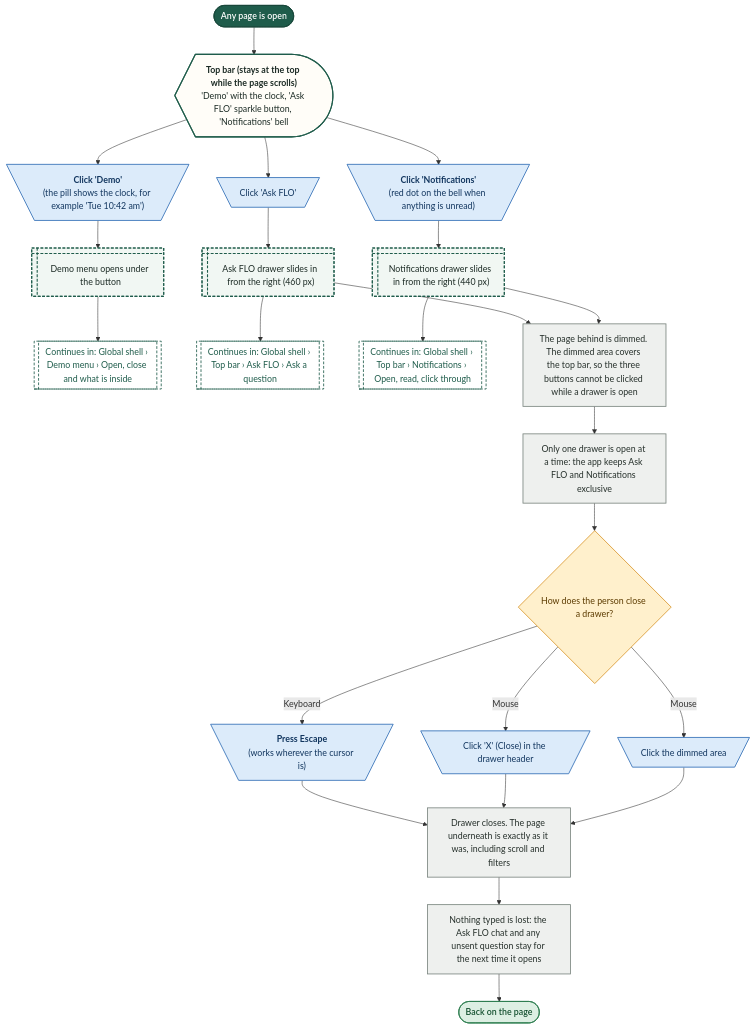
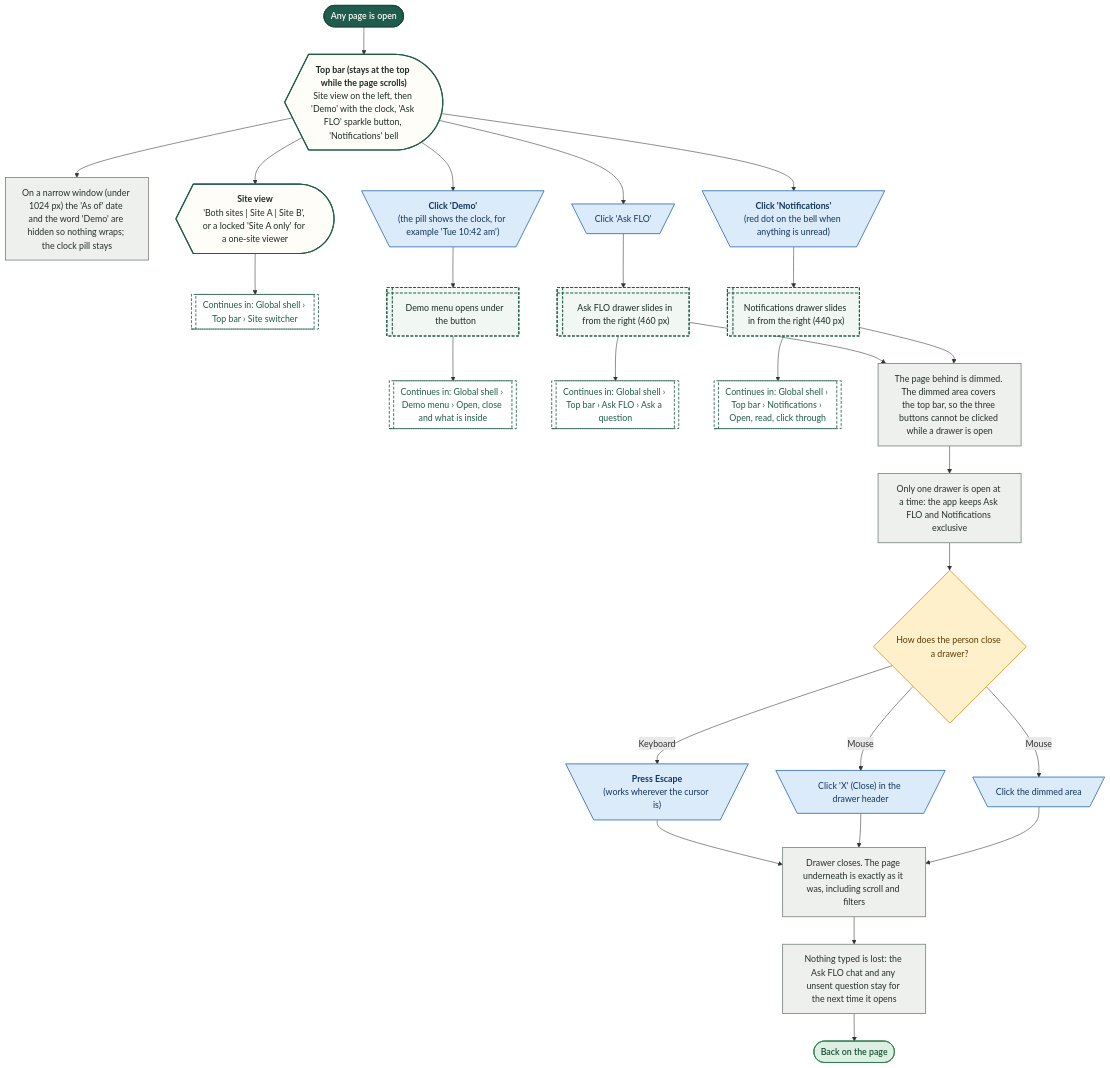
Before and after one commit to Shrav143/psyfloapp: the fourth of 18 diagrams in demos/prior-auth-demo/workflows/out/md/01-global-shell.md, drawn with Mermaid. The commit also changed other lines of this file and 251 other files, not shown here.

First line of the commit message:
docs: rebuild the workflow diagrams (291) for round 4

````diff
--- a/demos/prior-auth-demo/workflows/out/md/01-global-shell.md
+++ b/demos/prior-auth-demo/workflows/out/md/01-global-shell.md
@@ -249,59 +250,64 @@
 ```mermaid
 %%{init: {"theme":"base","themeVariables":{"fontFamily":"'DM Sans', 'Segoe UI', system-ui, sans-serif","fontSize":"15px","lineColor":"#5B6B63","primaryTextColor":"#1C2B25","clusterBkg":"#FBF8F3","clusterBorder":"#D9CDBB","edgeLabelBackground":"#FFFFFF"},"flowchart":{"curve":"basis","nodeSpacing":36,"rankSpacing":48,"padding":12,"htmlLabels":true,"useMaxWidth":false,"wrappingWidth":230}} }%%
 flowchart TD
   classDef k_start fill:#1F5C4B,stroke:#174638,color:#FFFFFF,stroke-width:1.5px,font-weight:600
   classDef k_end fill:#DDEFE3,stroke:#2E7D4F,color:#14502F,stroke-width:1.5px,font-weight:600
   classDef k_endx fill:#FBE3E0,stroke:#C0392B,color:#7A1F16,stroke-width:1.5px,font-weight:600
   classDef k_screen fill:#FFFDF8,stroke:#1F5C4B,color:#1C2B25,stroke-width:2px
   classDef k_overlay fill:#F1F7F3,stroke:#1F5C4B,color:#1C2B25,stroke-width:2px,stroke-dasharray:5 3
   classDef k_click fill:#DCEBFA,stroke:#2F6DB5,color:#12365F,stroke-width:1.5px
   classDef k_input fill:#E4E7FF,stroke:#4C5FD5,color:#1D2670,stroke-width:1.5px
   classDef k_process fill:#EEF0EE,stroke:#7A857F,color:#26302B,stroke-width:1.5px
   classDef k_agent fill:#EEE5FA,stroke:#7A4FC2,color:#341A63,stroke-width:1.5px
   classDef k_decision fill:#FFF0CC,stroke:#D9962B,color:#5C3B00,stroke-width:1.5px
   classDef k_store fill:#D5F0EA,stroke:#1C8E7B,color:#0B4A3F,stroke-width:1.5px
   classDef k_doc fill:#F6E9DC,stroke:#B07A4C,color:#4A2E14,stroke-width:1.5px
   classDef k_ext fill:#FFE6D2,stroke:#E07B39,color:#6B2F06,stroke-width:1.5px
   classDef k_wait fill:#E4E8EE,stroke:#6B7C93,color:#26303D,stroke-width:1.5px
   classDef k_toast fill:#FFF9DB,stroke:#C9A400,color:#5A4A00,stroke-width:1.5px
   classDef k_goto fill:#FFFFFF,stroke:#1F5C4B,color:#1F5C4B,stroke-width:1.5px,stroke-dasharray:5 3
   s1@{ shape: stadium, label: "Any page is open" }
-  tb@{ shape: curv-trap, label: "<b>Top bar (stays at the top while the page scrolls)</b><br/>'Demo' with the clock, 'Ask FLO' sparkle button, 'Notifications' bell" }
+  tb@{ shape: curv-trap, label: "<b>Top bar (stays at the top while the page scrolls)</b><br/>Site view on the left, then 'Demo' with the clock, 'Ask FLO' sparkle button, 'Notifications' bell" }
+  nar@{ shape: rect, label: "On a narrow window (under 1024 px) the 'As of' date and the word 'Demo' are hidden so nothing wraps; the clock pill stays" }
+  site@{ shape: curv-trap, label: "<b>Site view</b><br/>'Both sites | Site A | Site B', or a locked 'Site A only' for a one-site viewer" }
+  gSite@{ shape: subproc, label: "Continues in: Global shell › Top bar › Site switcher" }
   cDemo@{ shape: trap-t, label: "<b>Click 'Demo'</b><br/>(the pill shows the clock, for example 'Tue 10:42 am')" }
   oDemo@{ shape: win-pane, label: "Demo menu opens under the button" }
   gDemo@{ shape: subproc, label: "Continues in: Global shell › Demo menu › Open, close and what is inside" }
   cAsk@{ shape: trap-t, label: "Click 'Ask FLO'" }
   oAsk@{ shape: win-pane, label: "Ask FLO drawer slides in from the right (460 px)" }
   gAsk@{ shape: subproc, label: "Continues in: Global shell › Top bar › Ask FLO › Ask a question" }
   cBell@{ shape: trap-t, label: "<b>Click 'Notifications'</b><br/>(red dot on the bell when anything is unread)" }
   oNot@{ shape: win-pane, label: "Notifications drawer slides in from the right (440 px)" }
   gNot@{ shape: subproc, label: "Continues in: Global shell › Top bar › Notifications › Open, read, click through" }
   dim@{ shape: rect, label: "The page behind is dimmed. The dimmed area covers the top bar, so the three buttons cannot be clicked while a drawer is open" }
   one@{ shape: rect, label: "Only one drawer is open at a time: the app keeps Ask FLO and Notifications exclusive" }
   dClose@{ shape: diam, label: "How does the person close a drawer?" }
   kEsc@{ shape: trap-t, label: "<b>Press Escape</b><br/>(works wherever the cursor is)" }
   kX@{ shape: trap-t, label: "Click 'X' (Close) in the drawer header" }
   kScrim@{ shape: trap-t, label: "Click the dimmed area" }
   closed@{ shape: rect, label: "Drawer closes. The page underneath is exactly as it was, including scroll and filters" }
   keep@{ shape: rect, label: "Nothing typed is lost: the Ask FLO chat and any unsent question stay for the next time it opens" }
   e1@{ shape: stadium, label: "Back on the page" }
   s1 --> tb
+  tb --> nar
+  tb --> site --> gSite
   tb --> cDemo --> oDemo --> gDemo
   tb --> cAsk --> oAsk --> gAsk
   tb --> cBell --> oNot --> gNot
   oAsk --> dim
   oNot --> dim
   dim --> one --> dClose
   dClose -->|"Keyboard"| kEsc
   dClose -->|"Mouse"| kX
   dClose -->|"Mouse"| kScrim
   kEsc & kX & kScrim --> closed --> keep --> e1
   class s1 k_start
-  class tb k_screen
+  class tb,site k_screen
+  class nar,dim,one,closed,keep k_process
+  class gSite,gDemo,gAsk,gNot k_goto
   class cDemo,cAsk,cBell,kEsc,kX,kScrim k_click
   class oDemo,oAsk,oNot k_overlay
-  class gDemo,gAsk,gNot k_goto
-  class dim,one,closed,keep k_process
   class dClose k_decision
   class e1 k_end
 ```
````
